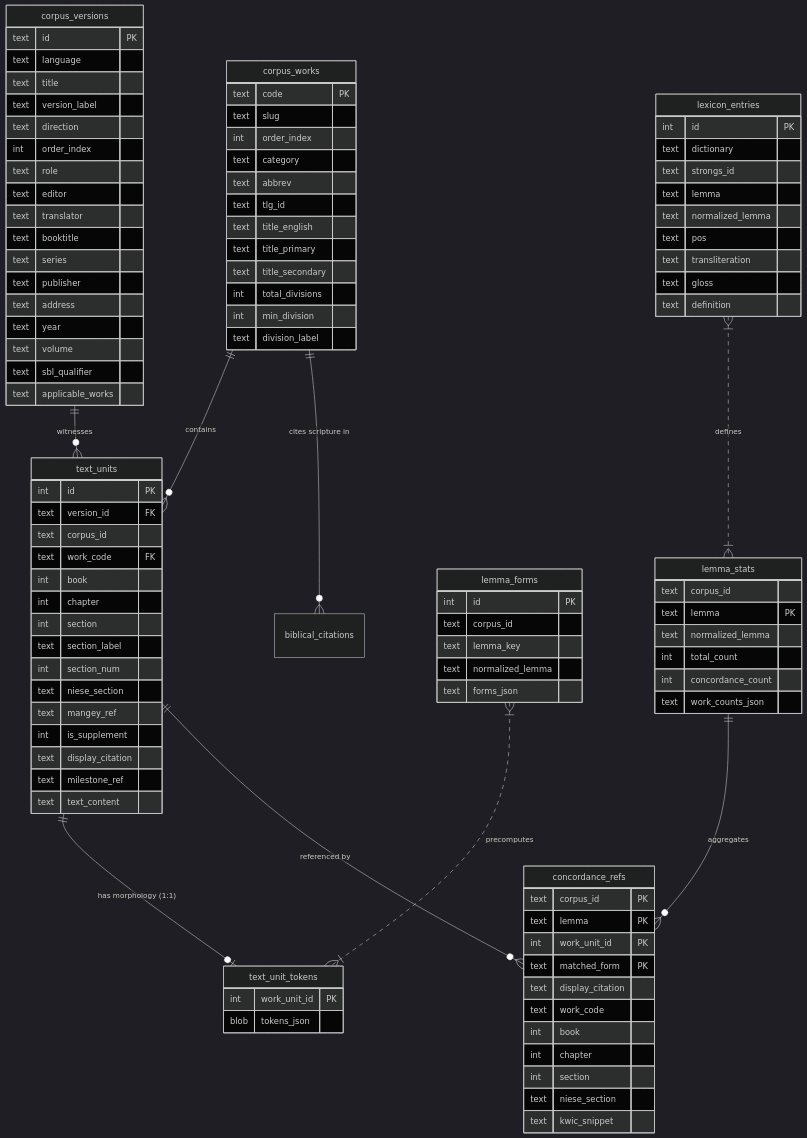
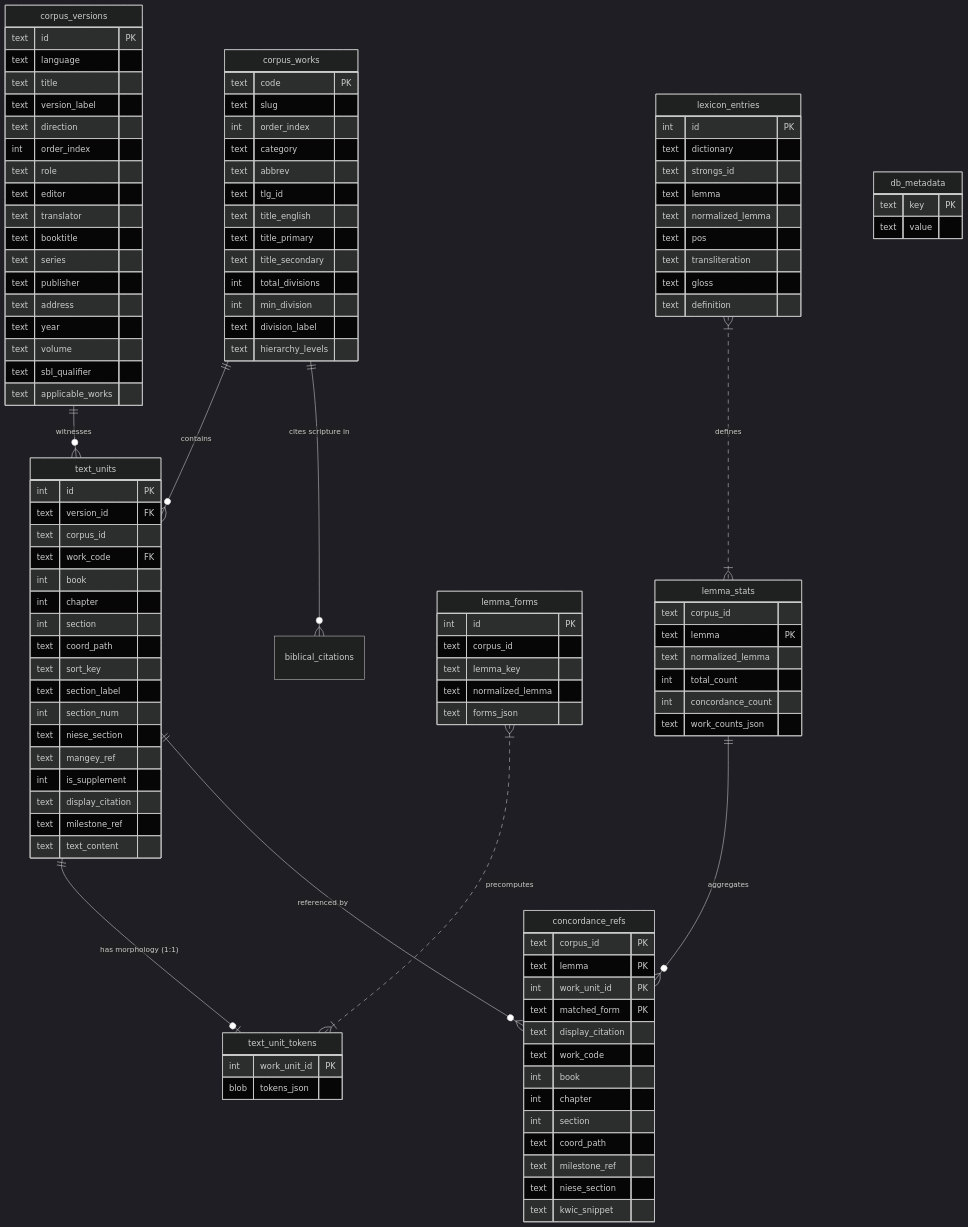
One commit to cbop-dev/polyglot-suite changed the diagram in apps/ancient-corpora-reader/docs/database-design.md. Above: the diagram before and after it, drawn with Mermaid (dark theme). The commit also changed other lines of this file and 8 other files, not shown here.

```diff
--- a/apps/ancient-corpora-reader/docs/database-design.md
+++ b/apps/ancient-corpora-reader/docs/database-design.md
@@ -123,6 +145,7 @@
         int total_divisions
         int min_division
         text division_label
+        text hierarchy_levels
     }
 
     text_units {
@@ -133,6 +156,8 @@
         int book
         int chapter
         int section
+        text coord_path
+        text sort_key
         text section_label
         int section_num
         text niese_section
@@ -158,8 +183,15 @@
         int book
         int chapter
         int section
+        text coord_path
+        text milestone_ref
         text niese_section
         text kwic_snippet
+    }
+
+    db_metadata {
+        text key PK
+        text value
     }
 
     lemma_forms {
```
